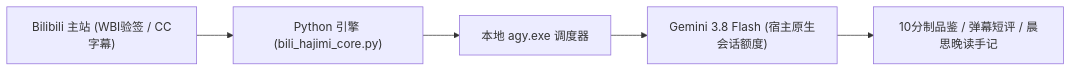
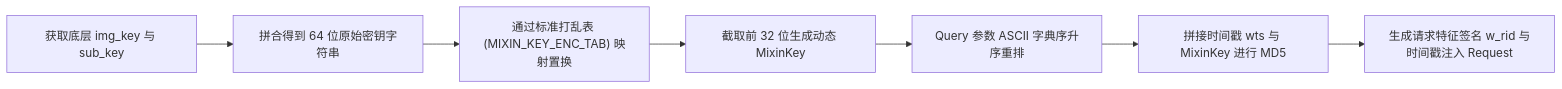
One commit to SherlockYzz/cyber-hajimi-bili changed the second of 4 diagrams in README.md. Above: the diagram before and after it, drawn with Mermaid. The commit also changed other lines of this file and 19 other files, not shown here.

````diff
--- a/README.md
+++ b/README.md
@@ -57,7 +136,9 @@
 ```mermaid
 flowchart LR
-    A["Bilibili 主站 (WBI验签 / CC字幕)"] --> B["Python 引擎 (bili_hajimi_core.py)"]
-    B --> C["本地 agy.exe 调度器"]
-    C --> D["Gemini 3.8 Flash (宿主原生会话额度)"]
-    D --> E["10分制品鉴 / 弹幕短评 / 晨思晚读手记"]
+    A["获取底层 img_key 与 sub_key"] --> B["拼合得到 64 位原始密钥字符串"]
+    B --> C["通过标准打乱表 (MIXIN_KEY_ENC_TAB) 映射置换"]
+    C --> D["截取前 32 位生成动态 MixinKey"]
+    D --> E["Query 参数 ASCII 字典序升序重排"]
+    E --> F["拼接时间戳 wts 与 MixinKey 进行 MD5"]
+    F --> G["生成请求特征签名 w_rid 与时间戳注入 Request"]
 ```
````
